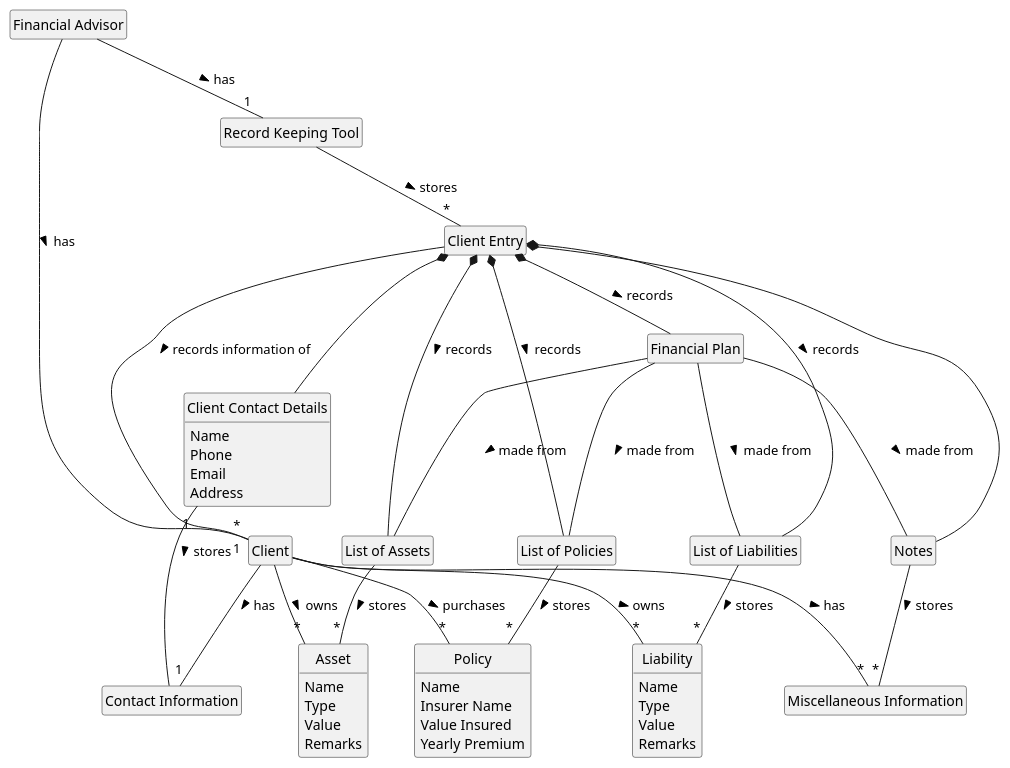
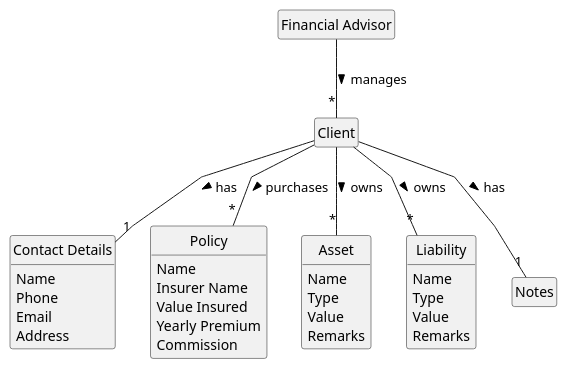
Before and after one commit to sheehui/tp: the diagram in docs/diagrams/OverviewOodmDiagram.puml, drawn with PlantUML. The commit also changed 1 other file, not shown here.

```diff
--- a/docs/diagrams/OverviewOodmDiagram.puml
+++ b/docs/diagrams/OverviewOodmDiagram.puml
@@ -1,94 +1,61 @@
 @startuml Domain Model
 skinparam style strictuml
 skinparam groupInheritance 2
+skinparam linetype polyline
+
 
 
 hide empty members
 
 class "Financial Advisor" as FinancialAdvisor {
 }
 
 class "Client" as Client {
-
 }
 
-class "Contact Information" {
+class "Contact Details" {
+    Name
+    Phone
+    Email
+    Address
 }
 
 class "Policy" {
     Name
     Insurer Name
     Value Insured
     Yearly Premium
+    Commission
 }
 
 class "Asset" {
     Name
     Type
     Value
     Remarks
 }
 
 class "Liability" {
     Name
     Type
     Value
     Remarks
 }
 
 
 
-class "Miscellaneous Information" {
-
-}
-
-class "Record Keeping Tool" {
-}
-
-class "Client Entry" {
-}
-
-class "Client Contact Details" {
-    Name
-    Phone
-    Email
-    Address
-}
-
-class "List of Assets" {
+class "Notes" {
 }
 
 
-FinancialAdvisor -- "1" "Record Keeping Tool": has >
-"Record Keeping Tool" -- "*" "Client Entry" : stores >
 
-FinancialAdvisor -- "*" "Client": has >
-
-"Client Entry" -- "1" "Client": records information of >
+FinancialAdvisor -- "*" "Client": manages >
 
 "Client" -- "*" "Policy" : purchases >
 "Client" -- "*" "Asset" : owns >
 "Client" -- "*" "Liability" : owns >
-"Client" -- "1" "Contact Information" : has >
-"Client" -- "*" "Miscellaneous Information" : has >
+"Client" -- "1" "Contact Details" : has >
+"Client" -- "1" "Notes" : has >
 
 
-"Client Entry" *-- "Client Contact Details"
-"Client Entry" *-- "List of Policies" :records >
-"Client Entry" *-- "List of Assets" :records >
-"Client Entry" *-- "List of Liabilities" :records >
-"Client Entry" *-- "Financial Plan" :records >
-"Client Entry" *-- "Notes"
-
-"Client Contact Details" "1" -- "Contact Information": stores >
-"List of Policies" -- "*""Policy": stores >
-"List of Assets" -- "*""Asset": stores >
-"List of Liabilities" -- "*""Liability": stores >
-"Notes" -- "*" "Miscellaneous Information": stores >
-
-"Financial Plan" -- "List of Policies": made from >
-"Financial Plan" -- "List of Assets": made from >
-"Financial Plan" -- "List of Liabilities": made from >
-"Financial Plan" -- "Notes": made from >
-
 @enduml
```
